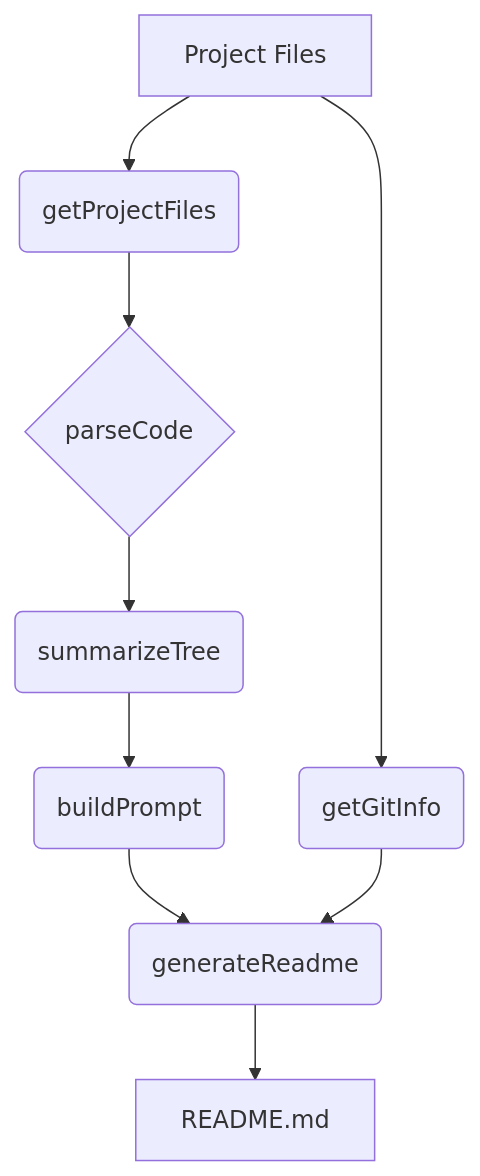
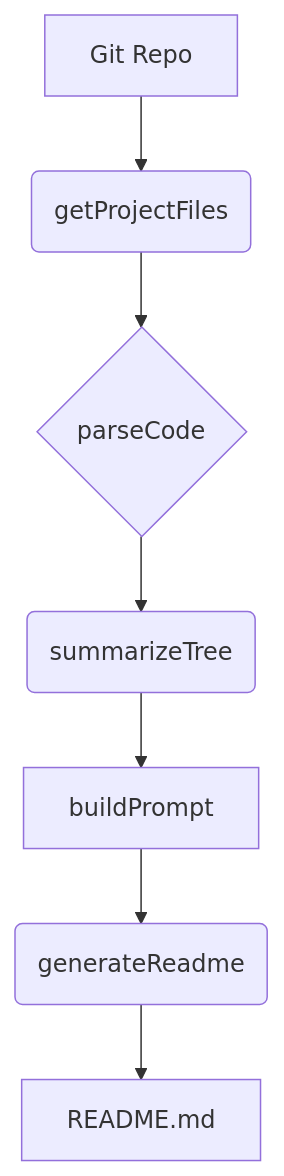
Before and after one commit to PIYUSH1SAINI/ReadMe-wiz: the first of 2 diagrams in README.md, drawn with Mermaid. The commit also changed other lines of this file and 1 other file, not shown here.

````diff
--- a/README.md
+++ b/README.md
@@ -11,11 +12,10 @@
 ```mermaid
 graph TD
-    A[Project Files] --> B(getProjectFiles);
+    A[Git Repo] --> B(getProjectFiles);
     B --> C{parseCode};
     C --> D(summarizeTree);
-    D --> E(buildPrompt);
+    D --> E[buildPrompt];
     E --> F(generateReadme);
     F --> G[README.md];
-    A --> H(getGitInfo);
-    H --> F;
+
 ```
````
